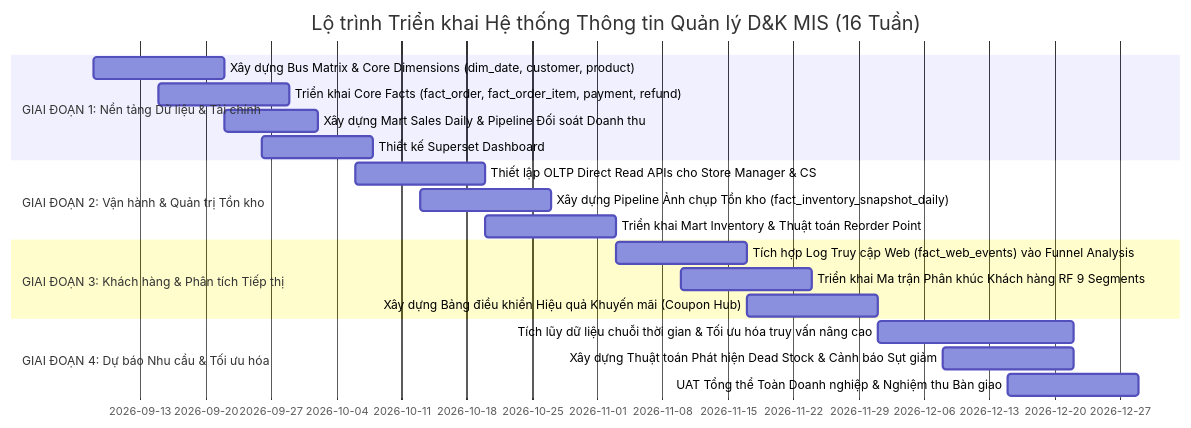
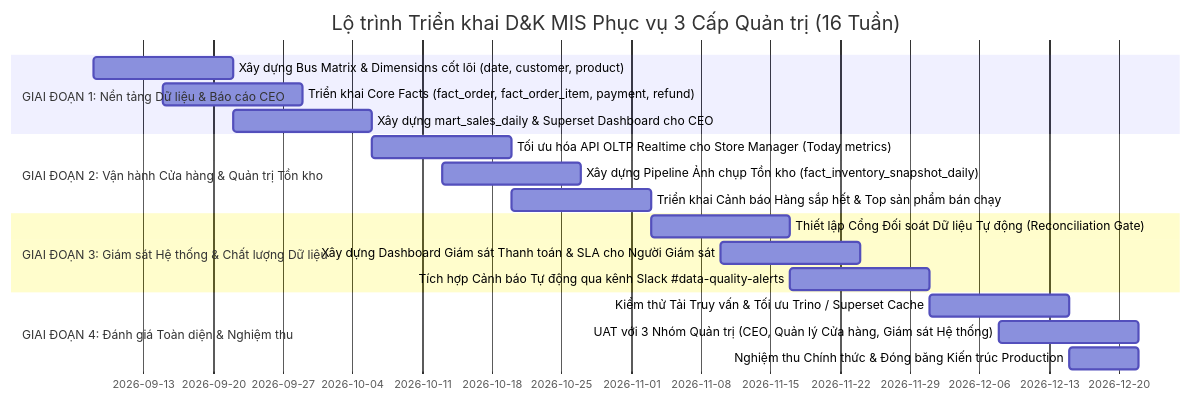
The seventh of 7 diagrams in docs/architecture/MANAGEMENT_INFO_TECHNICAL_SPEC.md (DanhTrannn/TLCN), drawn with Mermaid before and after one commit. The commit also changed other lines of this file and 4 other files, not shown here.

````diff
--- a/docs/architecture/MANAGEMENT_INFO_TECHNICAL_SPEC.md
+++ b/docs/architecture/MANAGEMENT_INFO_TECHNICAL_SPEC.md
@@ -897,22 +554,21 @@
 ```mermaid
 gantt
-    title Lộ trình Triển khai Hệ thống Thông tin Quản lý D&K MIS (16 Tuần)
+    title Lộ trình Triển khai D&K MIS Phục vụ 3 Cấp Quản trị (16 Tuần)
     dateFormat  YYYY-MM-DD
-    section GIAI ĐOẠN 1: Nền tảng Dữ liệu & Tài chính
-    Xây dựng Bus Matrix & Core Dimensions (dim_date, customer, product) :2026-09-08, 14d
-    Triển khai Core Facts (fact_order, fact_order_item, payment, refund):2026-09-15, 14d
-    Xây dựng Mart Sales Daily & Pipeline Đối soát Doanh thu              :2026-09-22, 10d
-    Thiết kế Superset Dashboard: CEO Overview & Finance P&L             :2026-09-26, 12d
-    section GIAI ĐOẠN 2: Vận hành & Quản trị Tồn kho
-    Thiết lập OLTP Direct Read APIs cho Store Manager & CS              :2026-10-06, 14d
+    section GIAI ĐOẠN 1: Nền tảng Dữ liệu & Báo cáo CEO
+    Xây dựng Bus Matrix & Dimensions cốt lõi (date, customer, product) :2026-09-08, 14d
+    Triển khai Core Facts (fact_order, fact_order_item, payment, refund) :2026-09-15, 14d
+    Xây dựng mart_sales_daily & Superset Dashboard cho CEO            :2026-09-22, 14d
+    section GIAI ĐOẠN 2: Vận hành Cửa hàng & Quản trị Tồn kho
+    Tối ưu hóa API OLTP Realtime cho Store Manager (Today metrics)    :2026-10-06, 14d
     Xây dựng Pipeline Ảnh chụp Tồn kho (fact_inventory_snapshot_daily)  :2026-10-13, 14d
-    Triển khai Mart Inventory & Thuật toán Reorder Point                :2026-10-20, 14d
-    section GIAI ĐOẠN 3: Khách hàng & Phân tích Tiếp thị
-    Tích hợp Log Truy cập Web (fact_web_events) vào Funnel Analysis     :2026-11-03, 14d
-    Triển khai Ma trận Phân khúc Khách hàng RF 9 Segments               :2026-11-10, 14d
-    Xây dựng Bảng điều khiển Hiệu quả Khuyến mãi (Coupon Hub)           :2026-11-17, 14d
-    section GIAI ĐOẠN 4: Dự báo Nhu cầu & Tối ưu hóa
-    Tích lũy dữ liệu chuỗi thời gian & Tối ưu hóa truy vấn nâng cao    :2026-12-01, 21d
-    Xây dựng Thuật toán Phát hiện Dead Stock & Cảnh báo Sụt giảm        :2026-12-08, 14d
-    UAT Tổng thể Toàn Doanh nghiệp & Nghiệm thu Bàn giao                :2026-12-15, 14d
+    Triển khai Cảnh báo Hàng sắp hết & Top sản phẩm bán chạy          :2026-10-20, 14d
+    section GIAI ĐOẠN 3: Giám sát Hệ thống & Chất lượng Dữ liệu
+    Thiết lập Cổng Đối soát Dữ liệu Tự động (Reconciliation Gate)     :2026-11-03, 14d
+    Xây dựng Dashboard Giám sát Thanh toán & SLA cho Người Giám sát   :2026-11-10, 14d
+    Tích hợp Cảnh báo Tự động qua kênh Slack #data-quality-alerts     :2026-11-17, 14d
+    section GIAI ĐOẠN 4: Đánh giá Toàn diện & Nghiệm thu
+    Kiểm thử Tải Truy vấn & Tối ưu Trino / Superset Cache             :2026-12-01, 14d
+    UAT với 3 Nhóm Quản trị (CEO, Quản lý Cửa hàng, Giám sát Hệ thống):2026-12-08, 14d
+    Nghiệm thu Chính thức & Đóng băng Kiến trúc Production            :2026-12-15, 7d
 ```
````
